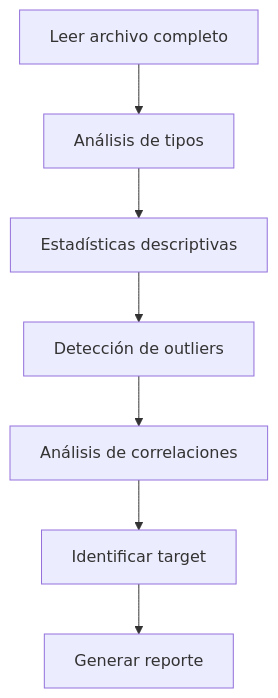
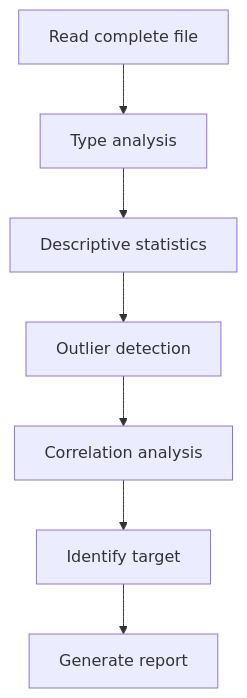
Before and after one commit to davidmonterocrespo24/Agents2ML: the second of 3 diagrams in docs/agents/data_processor_agent.md, drawn with Mermaid. The commit also changed other lines of this file and 13 other files, not shown here.

````diff
--- a/docs/agents/data_processor_agent.md
+++ b/docs/agents/data_processor_agent.md
@@ -73,9 +73,9 @@
 ```mermaid
 flowchart TD
-    A[Leer archivo completo] --> B[Análisis de tipos]
-    B --> C[Estadísticas descriptivas]
-    C --> D[Detección de outliers]
-    D --> E[Análisis de correlaciones]
-    E --> F[Identificar target]
-    F --> G[Generar reporte]
+    A[Read complete file] --> B[Type analysis]
+    B --> C[Descriptive statistics]
+    C --> D[Outlier detection]
+    D --> E[Correlation analysis]
+    E --> F[Identify target]
+    F --> G[Generate report]
 ```
````
